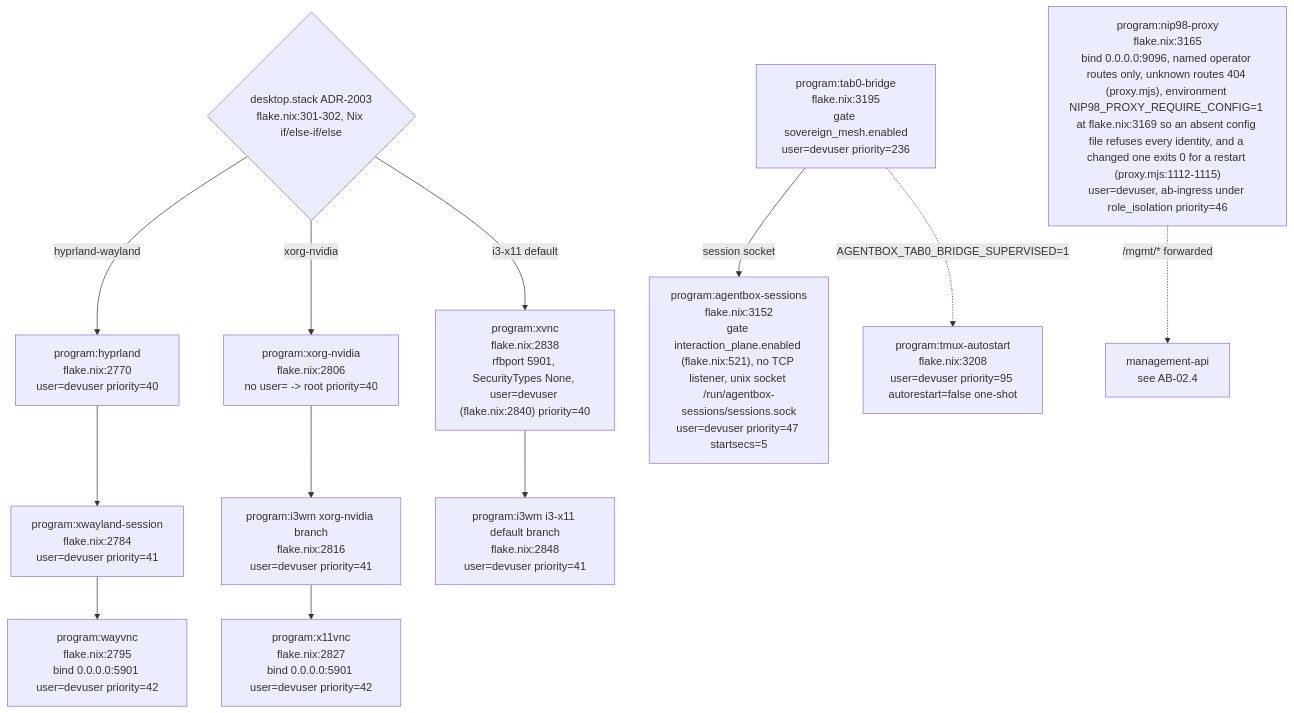
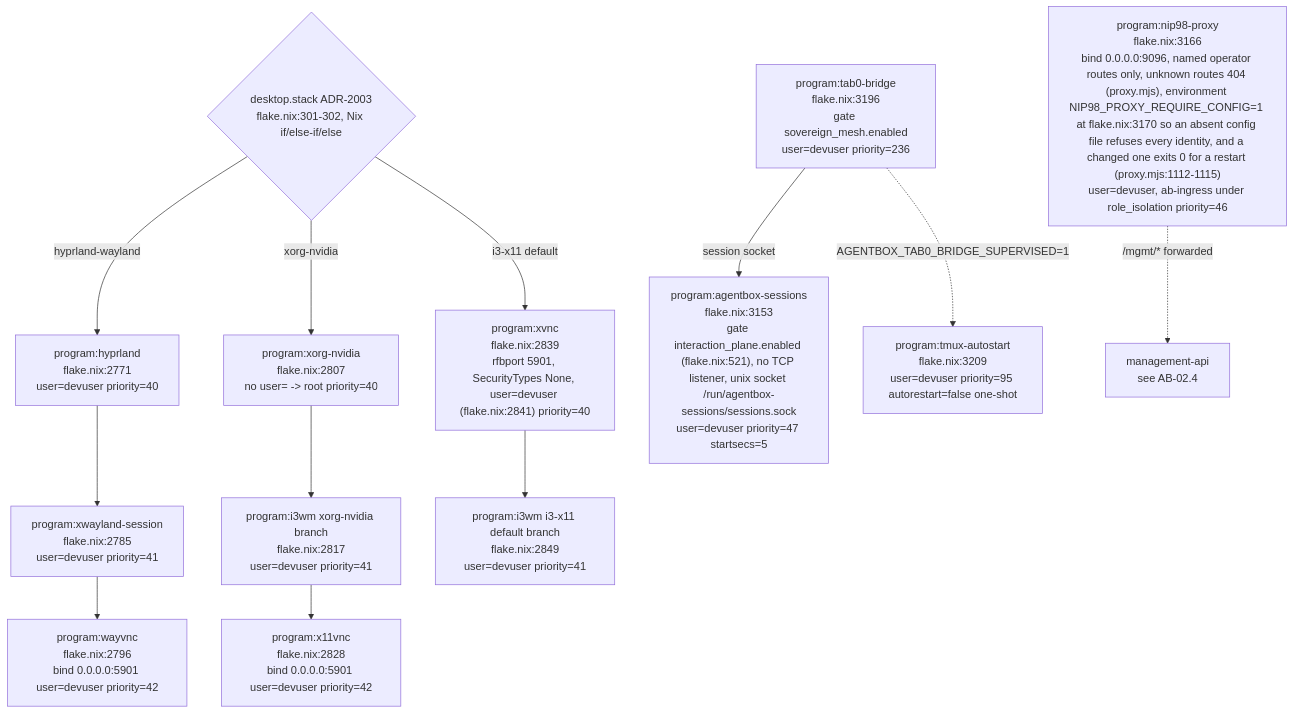
The sixth of 21 diagrams in docs/diagrams/agentbox/02-boot-sequence-and-readiness.md (DreamLab-AI/VisionFlow), drawn with Mermaid before and after one commit. The commit also changed other lines of this file, not shown here.

First line of the commit message:
diagrams(agentbox): re-verify AB-02 at agentbox 59b1aca

````diff
--- a/docs/diagrams/agentbox/02-boot-sequence-and-readiness.md
+++ b/docs/diagrams/agentbox/02-boot-sequence-and-readiness.md
@@ -339,23 +339,23 @@
 ```mermaid
 flowchart TB
     GATESTACK{"desktop.stack ADR-2003<br/>flake.nix:301-302, Nix if/else-if/else"}
-    HYPR["program:hyprland<br/>flake.nix:2770<br/>user=devuser priority=40"]
-    XWAY["program:xwayland-session<br/>flake.nix:2784<br/>user=devuser priority=41"]
-    WAYVNC["program:wayvnc<br/>flake.nix:2795<br/>bind 0.0.0.0:5901 user=devuser priority=42"]
-    XORG["program:xorg-nvidia<br/>flake.nix:2806<br/>no user= -&gt; root priority=40"]
-    I3A["program:i3wm xorg-nvidia branch<br/>flake.nix:2816<br/>user=devuser priority=41"]
-    X11VNC["program:x11vnc<br/>flake.nix:2827<br/>bind 0.0.0.0:5901 user=devuser priority=42"]
-    XVNC["program:xvnc<br/>flake.nix:2838<br/>rfbport 5901, SecurityTypes None, user=devuser (flake.nix:2840) priority=40"]
-    I3B["program:i3wm i3-x11 default branch<br/>flake.nix:2848<br/>user=devuser priority=41"]
-    SESS["program:agentbox-sessions<br/>flake.nix:3152<br/>gate interaction_plane.enabled (flake.nix:521), no TCP listener, unix socket /run/agentbox-sessions/sessions.sock<br/>user=devuser priority=47 startsecs=5"]
-    NIP98["program:nip98-proxy<br/>flake.nix:3165<br/>bind 0.0.0.0:9096, named operator routes only, unknown routes 404 (proxy.mjs), environment NIP98_PROXY_REQUIRE_CONFIG=1 at flake.nix:3169 so an absent config file refuses every identity, and a changed one exits 0 for a restart (proxy.mjs:1112-1115)<br/>user=devuser, ab-ingress under role_isolation priority=46"]
-    TAB0["program:tab0-bridge<br/>flake.nix:3195<br/>gate sovereign_mesh.enabled<br/>user=devuser priority=236"]
-    TMUX["program:tmux-autostart<br/>flake.nix:3208<br/>user=devuser priority=95 autorestart=false one-shot"]
+    HYPR["program:hyprland<br/>flake.nix:2771<br/>user=devuser priority=40"]
+    XWAY["program:xwayland-session<br/>flake.nix:2785<br/>user=devuser priority=41"]
+    WAYVNC["program:wayvnc<br/>flake.nix:2796<br/>bind 0.0.0.0:5901 user=devuser priority=42"]
+    XORG["program:xorg-nvidia<br/>flake.nix:2807<br/>no user= -&gt; root priority=40"]
+    I3A["program:i3wm xorg-nvidia branch<br/>flake.nix:2817<br/>user=devuser priority=41"]
+    X11VNC["program:x11vnc<br/>flake.nix:2828<br/>bind 0.0.0.0:5901 user=devuser priority=42"]
+    XVNC["program:xvnc<br/>flake.nix:2839<br/>rfbport 5901, SecurityTypes None, user=devuser (flake.nix:2841) priority=40"]
+    I3B["program:i3wm i3-x11 default branch<br/>flake.nix:2849<br/>user=devuser priority=41"]
+    SESS["program:agentbox-sessions<br/>flake.nix:3153<br/>gate interaction_plane.enabled (flake.nix:521), no TCP listener, unix socket /run/agentbox-sessions/sessions.sock<br/>user=devuser priority=47 startsecs=5"]
+    NIP98["program:nip98-proxy<br/>flake.nix:3166<br/>bind 0.0.0.0:9096, named operator routes only, unknown routes 404 (proxy.mjs), environment NIP98_PROXY_REQUIRE_CONFIG=1 at flake.nix:3170 so an absent config file refuses every identity, and a changed one exits 0 for a restart (proxy.mjs:1112-1115)<br/>user=devuser, ab-ingress under role_isolation priority=46"]
+    TAB0["program:tab0-bridge<br/>flake.nix:3196<br/>gate sovereign_mesh.enabled<br/>user=devuser priority=236"]
+    TMUX["program:tmux-autostart<br/>flake.nix:3209<br/>user=devuser priority=95 autorestart=false one-shot"]
 
     GATESTACK -->|"hyprland-wayland"| HYPR --> XWAY --> WAYVNC
     GATESTACK -->|"xorg-nvidia"| XORG --> I3A --> X11VNC
     GATESTACK -->|"i3-x11 default"| XVNC --> I3B
     TAB0 -->|"session socket"| SESS
     NIP98 -.->|"/mgmt/* forwarded"| MGMTREF["management-api<br/>see AB-02.4"]
     TAB0 -.->|"AGENTBOX_TAB0_BRIDGE_SUPERVISED=1"| TMUX
 ```
````
